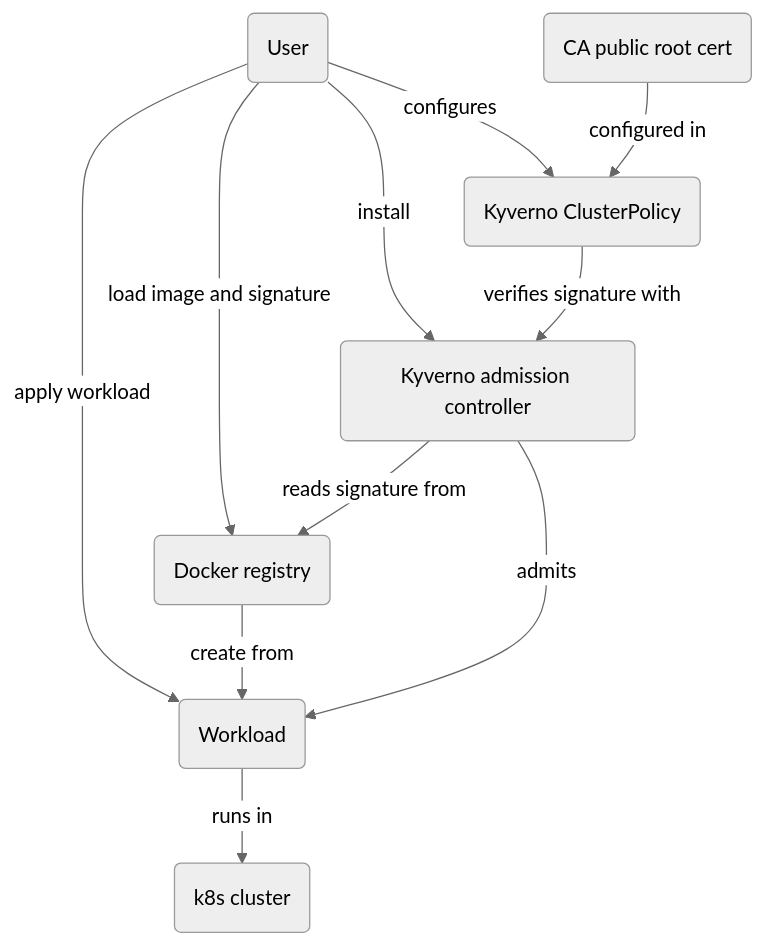
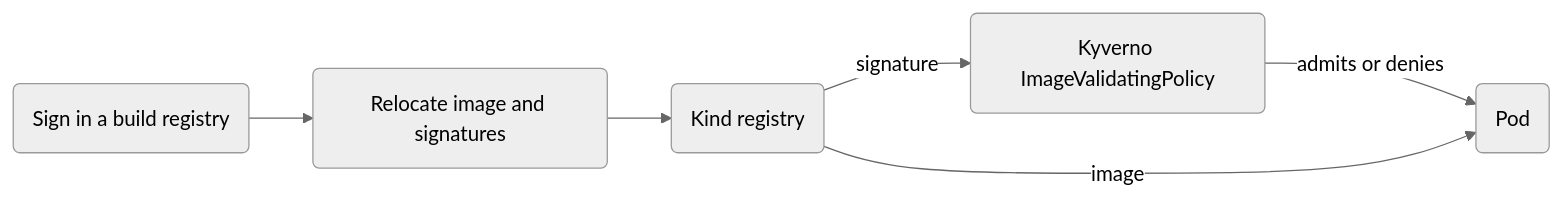
Before and after one commit to tuminoid/container-signing-poc: the diagram in kyverno/README.md, drawn with Mermaid (neutral theme). The commit also changed other lines of this file and 8 other files, not shown here.

Commit message:
migrate kyverno to ImageValidatingPolicy on a pinned 1.20

````diff
--- a/kyverno/README.md
+++ b/kyverno/README.md
@@ -8,21 +10,14 @@
 ```mermaid
-flowchart TB
-    user(User)
-    cert(CA public root cert)
-    registry(Docker registry)
-    kyverno(Kyverno admission controller)
-    policy(Kyverno ClusterPolicy)
-    cluster(k8s cluster)
-    workload(Workload)
+flowchart LR
+    sign(Sign in a build registry)
+    move(Relocate image and signatures)
+    reg(Kind registry)
+    kyv(Kyverno ImageValidatingPolicy)
+    pod(Pod)
 
-    user-->|load image and signature|registry
-    user-->|install|kyverno
-    user-->|apply workload|workload
-    user-->|configures|policy
-    policy-->|verifies signature with|kyverno
-    cert-->|configured in|policy
-    registry-->|create from|workload
-    workload-->|runs in|cluster
-    kyverno-->|admits|workload
-    kyverno-->|reads signature from|registry
+    sign-->move
+    move-->reg
+    reg-->|signature|kyv
+    kyv-->|admits or denies|pod
+    reg-->|image|pod
 ```
````
